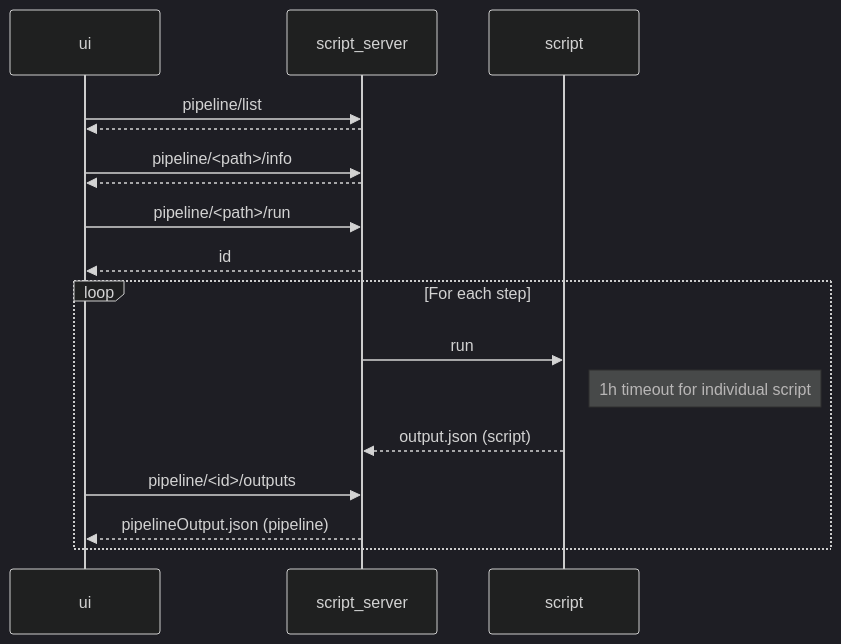
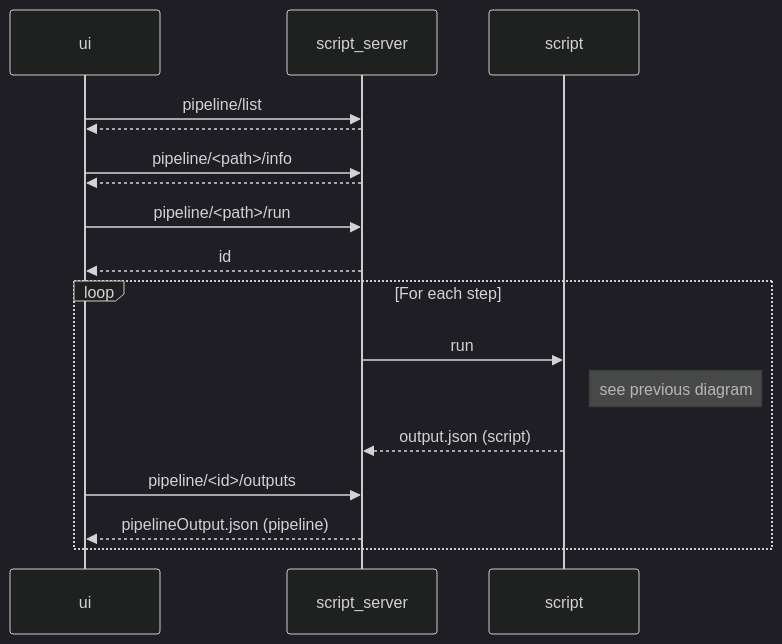
Before and after one commit to GEO-BON/bon-in-a-box-pipelines: the fourth of 4 diagrams in README-dev.md, drawn with Mermaid (dark theme). The commit also changed other lines of this file and 1 other file, not shown here.

````diff
--- a/README-dev.md
+++ b/README-dev.md
@@ -87,19 +99,19 @@
 ```mermaid
 sequenceDiagram
     ui->>script_server: pipeline/list
     script_server-->>ui: 
 
     ui->>script_server: pipeline/<path>/info
     script_server-->>ui: 
 
     ui->>script_server: pipeline/<path>/run
     script_server-->>ui: id
     loop For each step
         script_server->>script: run
-        Note right of script: 1h timeout for individual script
+        Note right of script: see previous diagram
         script-->>script_server: output.json (script)
         ui->>script_server: pipeline/<id>/outputs
         script_server-->>ui: pipelineOutput.json (pipeline)
     end
 
 ```
````
